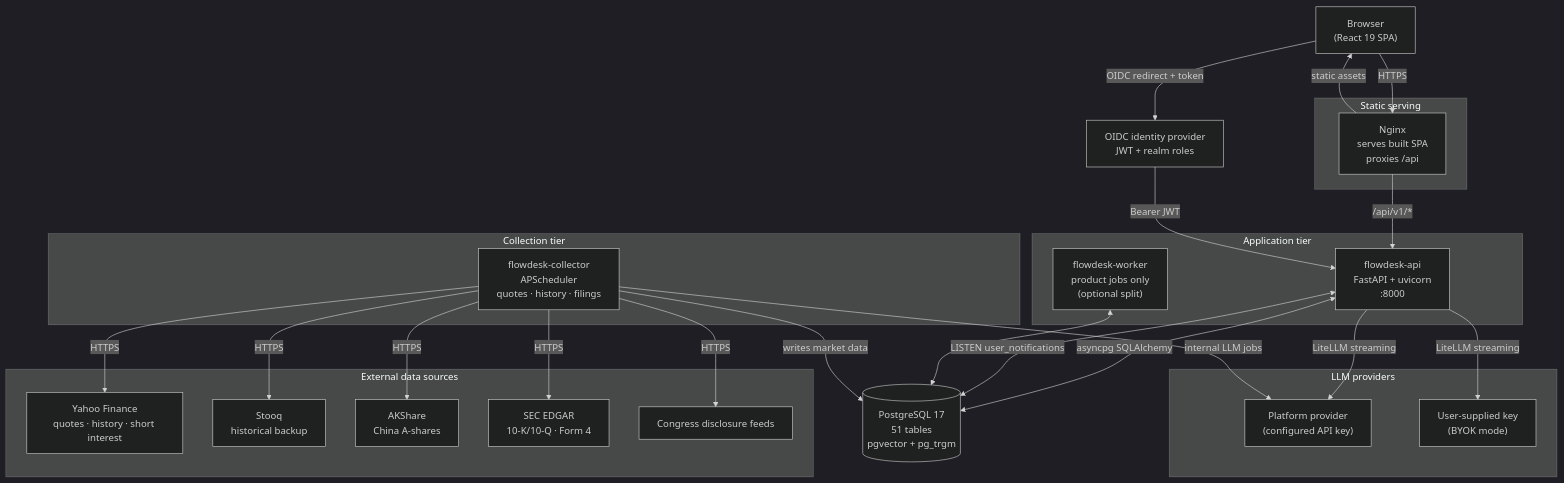
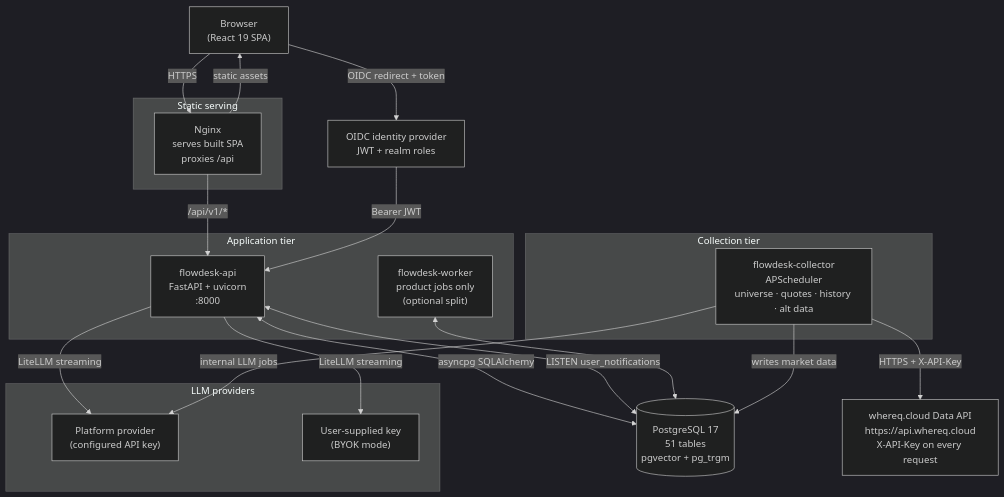
Before and after one commit to whereq/FlowDesktop: the first of 3 diagrams in docs/architecture.md, drawn with Mermaid (dark theme). The commit also changed other lines of this file and 67 other files, not shown here.

````diff
--- a/docs/architecture.md
+++ b/docs/architecture.md
@@ -21,53 +25,43 @@
 ```mermaid
 graph TD
     Browser["Browser<br/>(React 19 SPA)"]
 
     subgraph Edge["Static serving"]
         Nginx["Nginx<br/>serves built SPA<br/>proxies /api"]
     end
 
     subgraph App["Application tier"]
         API["flowdesk-api<br/>FastAPI + uvicorn<br/>:8000"]
         Worker["flowdesk-worker<br/>product jobs only<br/>(optional split)"]
     end
 
     subgraph Collect["Collection tier"]
-        Collector["flowdesk-collector<br/>APScheduler<br/>quotes · history · filings"]
+        Collector["flowdesk-collector<br/>APScheduler<br/>universe · quotes · history · alt data"]
     end
 
     DB[("PostgreSQL 17<br/>51 tables<br/>pgvector + pg_trgm")]
 
-    subgraph External["External data sources"]
-        Yahoo["Yahoo Finance<br/>quotes · history · short interest"]
-        Stooq["Stooq<br/>historical backup"]
-        AKShare["AKShare<br/>China A-shares"]
-        SEC["SEC EDGAR<br/>10-K/10-Q · Form 4"]
-        Congress["Congress disclosure feeds"]
-    end
+    DataAPI["whereq.cloud Data API<br/>https://api.whereq.cloud<br/>X-API-Key on every request"]
 
     subgraph AI["LLM providers"]
         Platform["Platform provider<br/>(configured API key)"]
         BYOK["User-supplied key<br/>(BYOK mode)"]
     end
 
     IdP["OIDC identity provider<br/>JWT + realm roles"]
 
     Browser -->|HTTPS| Nginx
     Nginx -->|/api/v1/*| API
     Nginx -->|static assets| Browser
     Browser -->|OIDC redirect + token| IdP
     IdP -->|Bearer JWT| API
 
     API <-->|asyncpg SQLAlchemy| DB
     API <-->|LISTEN user_notifications| DB
     Worker <--> DB
     Collector -->|writes market data| DB
-    Collector -->|HTTPS| Yahoo
-    Collector -->|HTTPS| Stooq
-    Collector -->|HTTPS| AKShare
-    Collector -->|HTTPS| SEC
-    Collector -->|HTTPS| Congress
+    Collector -->|HTTPS + X-API-Key| DataAPI
     API -->|LiteLLM streaming| Platform
     API -->|LiteLLM streaming| BYOK
     Collector -->|internal LLM jobs| Platform
 ```
````
